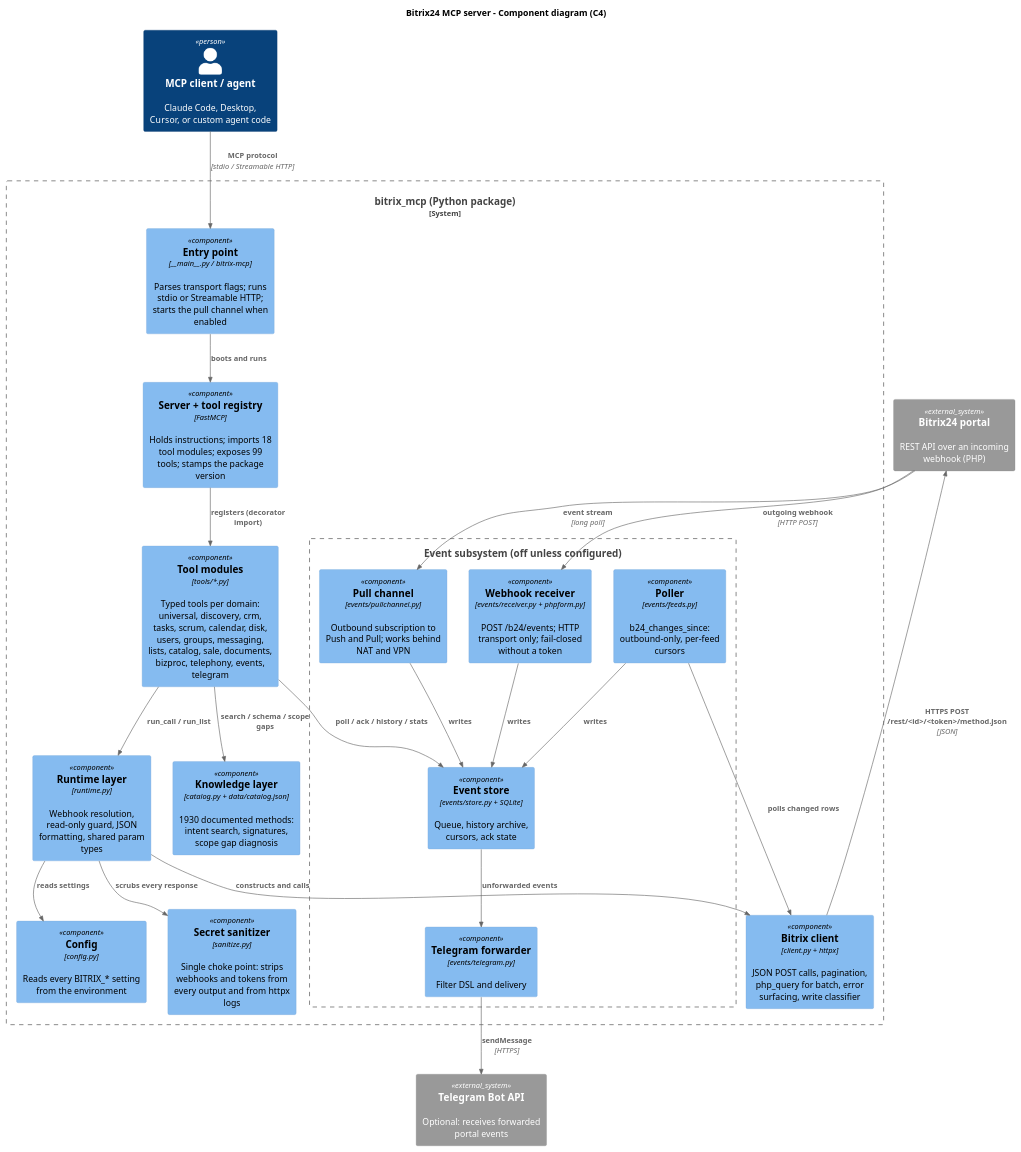
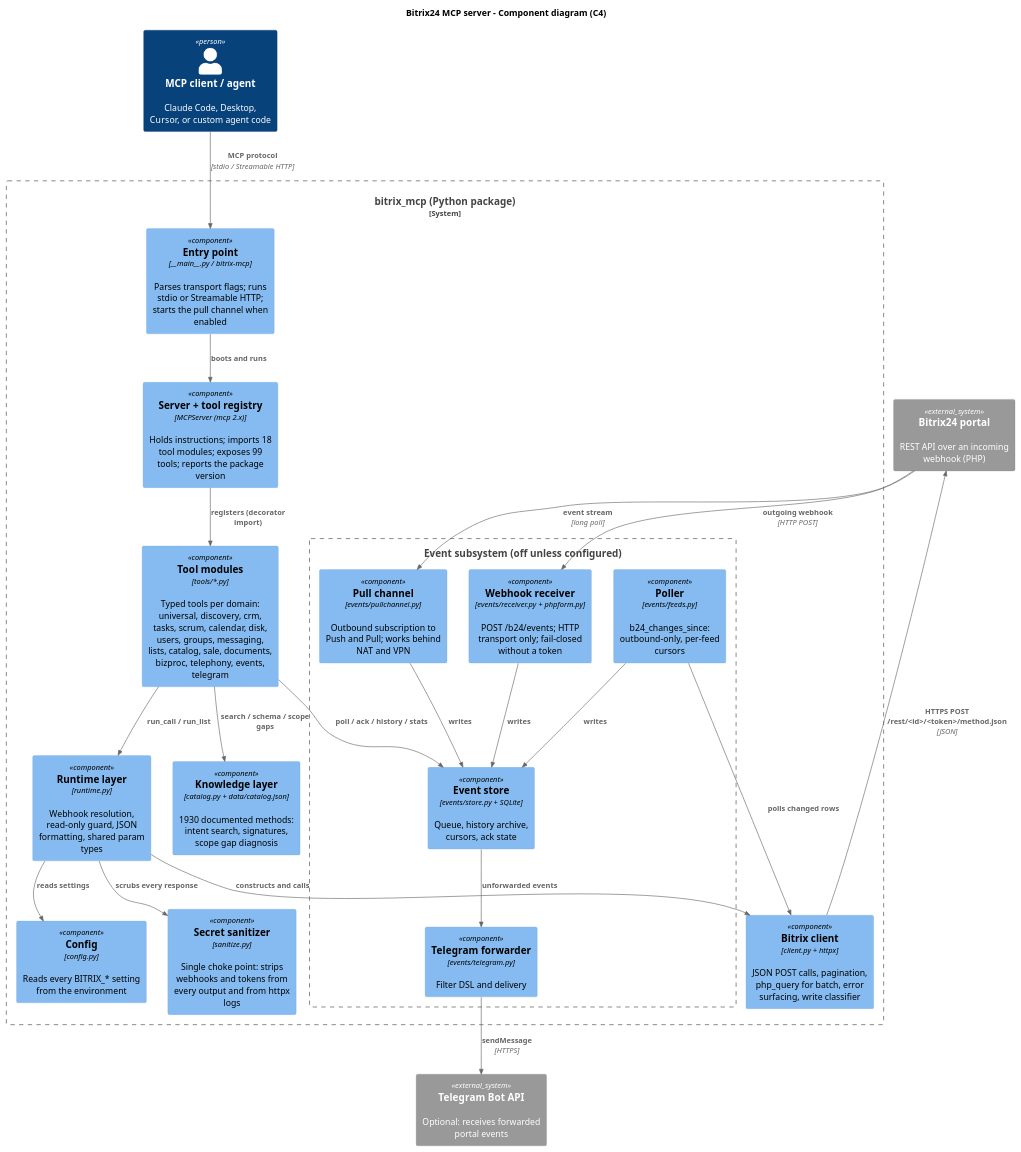
The diagram in docs/diagrams/component.puml (john7ross/BitrixMCP), drawn with PlantUML before and after one commit. The commit also changed 34 other files, not shown here.

Commit message:
Port to MCP SDK 2.x, drop the version pin

```diff
--- a/docs/diagrams/component.puml
+++ b/docs/diagrams/component.puml
@@ -1,53 +1,53 @@
 @startuml bitrix_mcp_component
 ' C4 component view of the Bitrix24 MCP server.
 ' Render: java -jar plantuml.jar -tpng docs/diagrams/component.puml
 !include <C4/C4_Component>
 
 title Bitrix24 MCP server - Component diagram (C4)
 
 Person(agent, "MCP client / agent", "Claude Code, Desktop, Cursor, or custom agent code")
 System_Ext(portal, "Bitrix24 portal", "REST API over an incoming webhook (PHP)")
 System_Ext(tg, "Telegram Bot API", "Optional: receives forwarded portal events")
 
 System_Boundary(mcp, "bitrix_mcp (Python package)") {
   ' ~ escapes the underscores: PlantUML reads __x__ as underline markup and
   ' would render the module name as an italic "main".
   Component(entry, "Entry point", "~__main~__.py / bitrix-mcp", "Parses transport flags; runs stdio or Streamable HTTP; starts the pull channel when enabled")
-  Component(server, "Server + tool registry", "FastMCP", "Holds instructions; imports 18 tool modules; exposes 99 tools; stamps the package version")
+  Component(server, "Server + tool registry", "MCPServer (mcp 2.x)", "Holds instructions; imports 18 tool modules; exposes 99 tools; reports the package version")
   Component(tools, "Tool modules", "tools/*.py", "Typed tools per domain: universal, discovery, crm, tasks, scrum, calendar, disk, users, groups, messaging, lists, catalog, sale, documents, bizproc, telephony, events, telegram")
   Component(runtime, "Runtime layer", "runtime.py", "Webhook resolution, read-only guard, JSON formatting, shared param types")
   Component(client, "Bitrix client", "client.py + httpx", "JSON POST calls, pagination, php_query for batch, error surfacing, write classifier")
   Component(config, "Config", "config.py", "Reads every BITRIX_* setting from the environment")
   Component(sanitize, "Secret sanitizer", "sanitize.py", "Single choke point: strips webhooks and tokens from every output and from httpx logs")
   Component(knowledge, "Knowledge layer", "catalog.py + data/catalog.json", "1930 documented methods: intent search, signatures, scope gap diagnosis")
 
   Boundary(events, "Event subsystem (off unless configured)") {
     Component(pull, "Pull channel", "events/pullchannel.py", "Outbound subscription to Push and Pull; works behind NAT and VPN")
     Component(recv, "Webhook receiver", "events/receiver.py + phpform.py", "POST /b24/events; HTTP transport only; fail-closed without a token")
     Component(feeds, "Poller", "events/feeds.py", "b24_changes_since: outbound-only, per-feed cursors")
     Component(store, "Event store", "events/store.py + SQLite", "Queue, history archive, cursors, ack state")
     Component(tgfwd, "Telegram forwarder", "events/telegram.py", "Filter DSL and delivery")
   }
 }
 
 Rel(agent, entry, "MCP protocol", "stdio / Streamable HTTP")
 Rel(entry, server, "boots and runs")
 Rel(server, tools, "registers (decorator import)")
 Rel(tools, runtime, "run_call / run_list")
 Rel(tools, knowledge, "search / schema / scope gaps")
 Rel(runtime, config, "reads settings")
 Rel(runtime, sanitize, "scrubs every response")
 Rel(runtime, client, "constructs and calls")
 Rel(client, portal, "HTTPS POST /rest/<id>/<token>/method.json", "JSON")
 
 Rel(portal, pull, "event stream", "long poll")
 Rel(portal, recv, "outgoing webhook", "HTTP POST")
 Rel(feeds, client, "polls changed rows")
 Rel(pull, store, "writes")
 Rel(recv, store, "writes")
 Rel(feeds, store, "writes")
 Rel(tools, store, "poll / ack / history / stats")
 Rel(store, tgfwd, "unforwarded events")
 Rel(tgfwd, tg, "sendMessage", "HTTPS")
 
 @enduml
```
